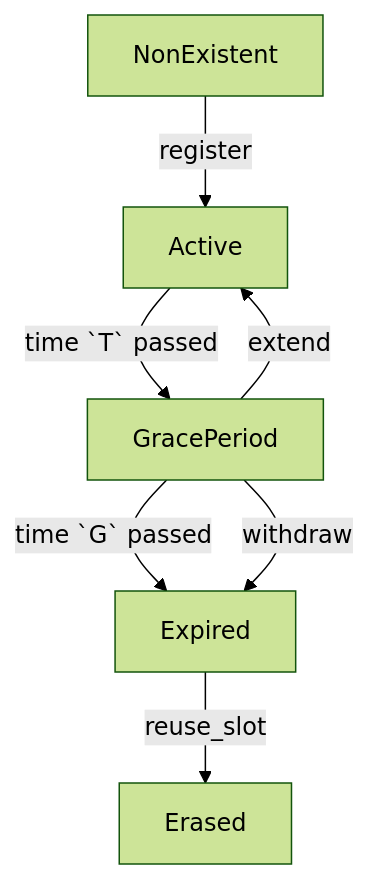
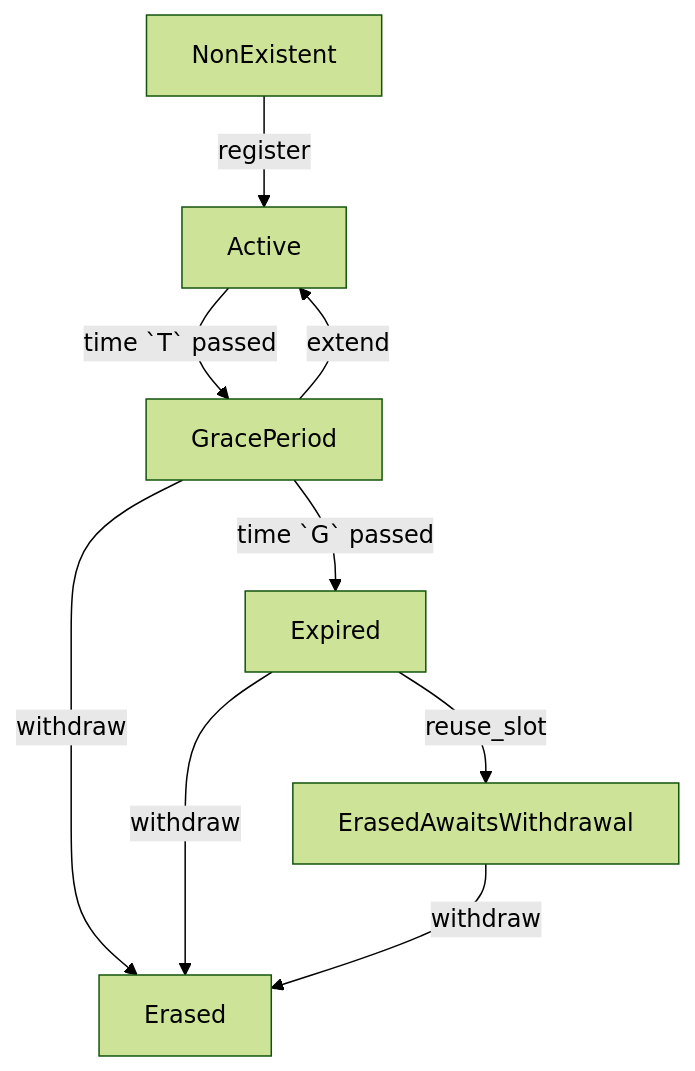
The diagram in standards/core/rln-contract.md (waku-org/specs), drawn with Mermaid (forest theme) before and after one commit. The commit also changed other lines of this file, not shown here.

Commit message:
split Erased state on whether deposit is withdrawn

````diff
--- a/standards/core/rln-contract.md
+++ b/standards/core/rln-contract.md
@@ -46,10 +47,12 @@
 ```mermaid
 graph TD;
     NonExistent --> |"register"| Active;
     Active --> |"time `T` passed"| GracePeriod;
     GracePeriod --> |"extend"| Active;
     GracePeriod --> |"time `G` passed"| Expired;
-    GracePeriod --> |"withdraw"| Expired;
-    Expired --> |"reuse_slot"| Erased;
+    GracePeriod --> |"withdraw"| Erased;
+    Expired --> |"withdraw"| Erased;
+    Expired --> |"reuse_slot"| ErasedAwaitsWithdrawal;
+    ErasedAwaitsWithdrawal --> |"withdraw"| Erased;
 
 ```
````
